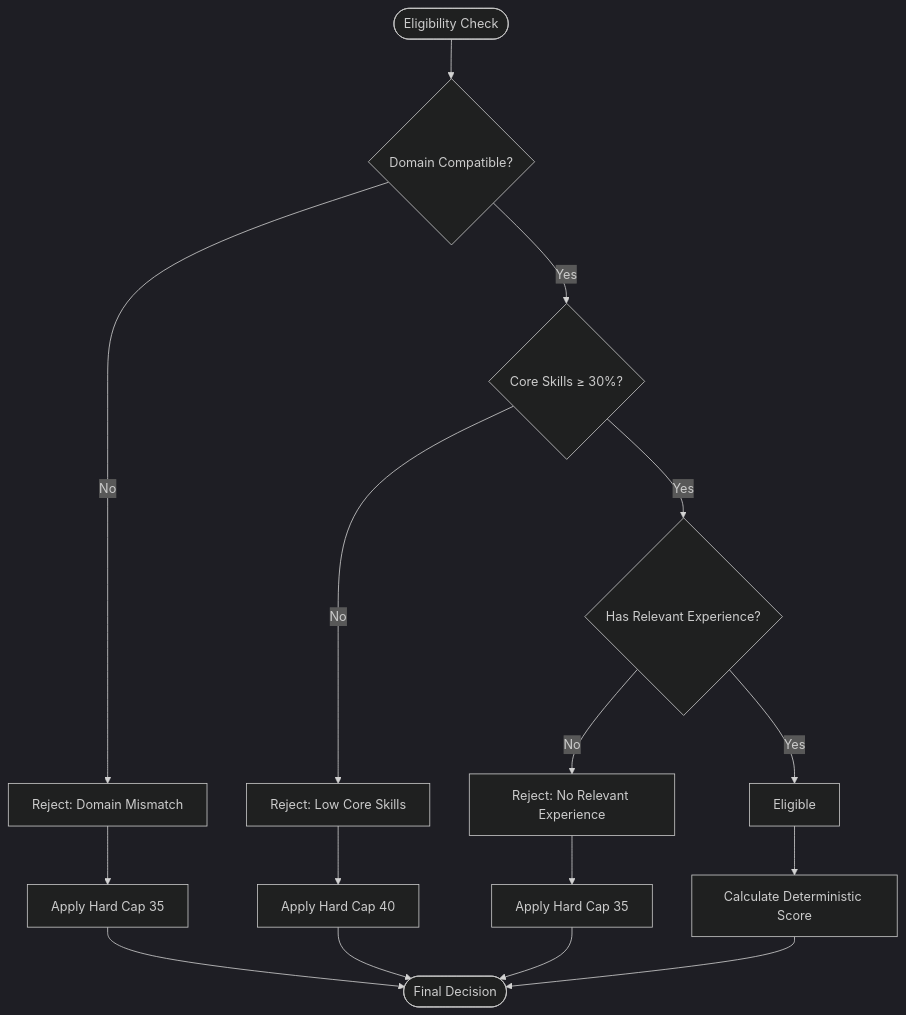
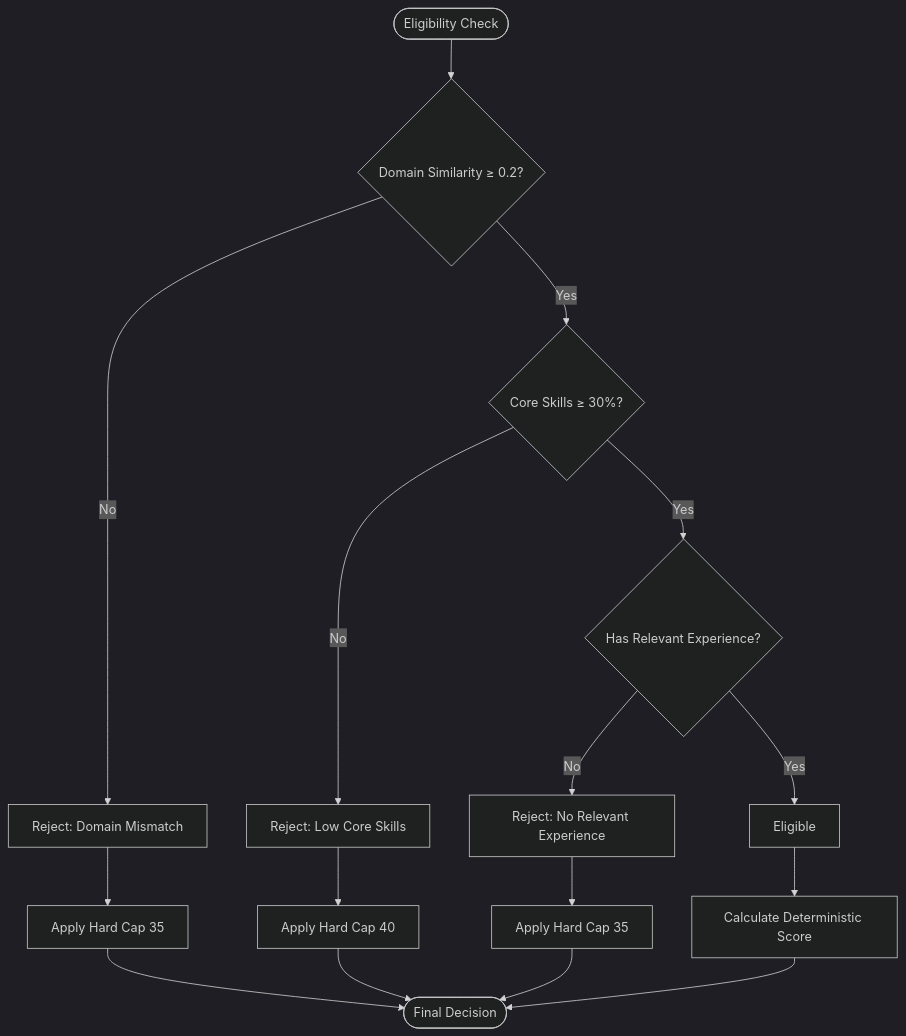
One commit to Revanththetalogics/aireume changed the sixth of 8 diagrams in .qoder/repowiki/en/content/Analysis Engine/Eligibility Engine.md. Above: the diagram before and after it, drawn with Mermaid (dark theme). The commit also changed other lines of this file and 41 other files, not shown here.

````diff
--- a/.qoder/repowiki/en/content/Analysis Engine/Eligibility Engine.md
+++ b/.qoder/repowiki/en/content/Analysis Engine/Eligibility Engine.md
@@ -164,18 +233,18 @@
 ```mermaid
 flowchart TD
-Start([Eligibility Check]) --> DomainCheck{Domain Compatible?}
+Start([Eligibility Check]) --> DomainCheck{Domain Similarity ≥ 0.2?}
 DomainCheck --> |No| Reject1[Reject: Domain Mismatch]
 DomainCheck --> |Yes| SkillCheck{Core Skills ≥ 30%?}
 SkillCheck --> |No| Reject2[Reject: Low Core Skills]
 SkillCheck --> |Yes| ExpCheck{Has Relevant Experience?}
 ExpCheck --> |No| Reject3[Reject: No Relevant Experience]
 ExpCheck --> |Yes| Eligible[Eligible]
 Eligible --> ScoreCalc[Calculate Deterministic Score]
 Reject1 --> ScoreCap1[Apply Hard Cap 35]
 Reject2 --> ScoreCap2[Apply Hard Cap 40]
 Reject3 --> ScoreCap3[Apply Hard Cap 35]
 ScoreCalc --> Final([Final Decision])
 ScoreCap1 --> Final
 ScoreCap2 --> Final
 ScoreCap3 --> Final
 ```
````
